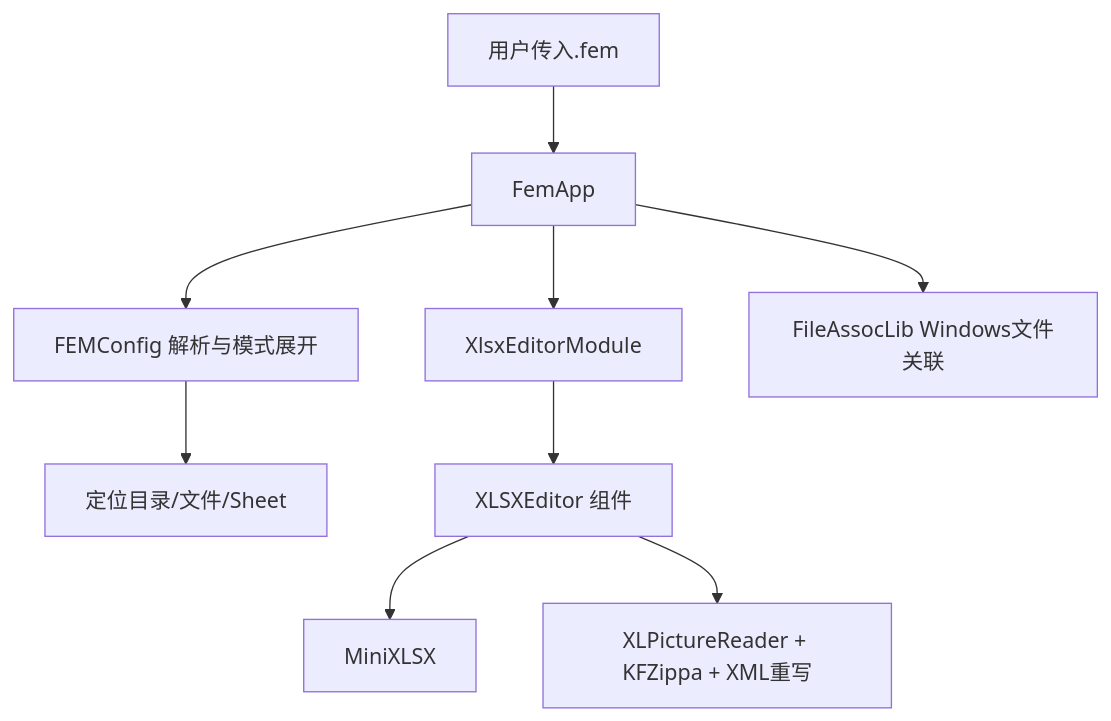
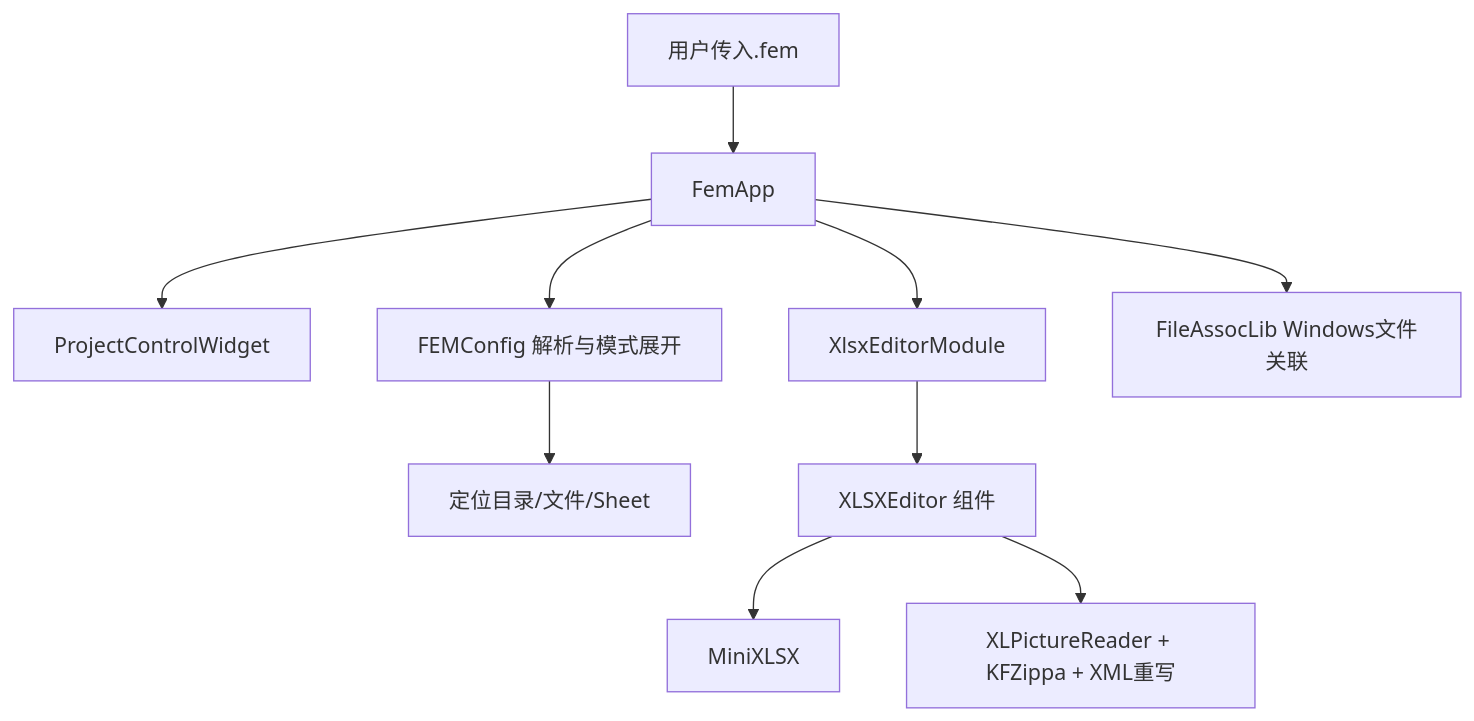
The diagram in docs/femapp_desssiner.md (neoluxis/zju_FEMApp), drawn with Mermaid before and after one commit. The commit also changed other lines of this file and 3 other files, not shown here.

````diff
--- a/docs/femapp_desssiner.md
+++ b/docs/femapp_desssiner.md
@@ -142,12 +143,13 @@
 ```mermaid
 graph TD
     A[用户传入.fem] --> B[FemApp]
+    B --> K[ProjectControlWidget]
     B --> C[FEMConfig 解析与模式展开]
     C --> D[定位目录/文件/Sheet]
 
     B --> F[XlsxEditorModule]
     F --> G[XLSXEditor 组件]
     G --> H[MiniXLSX]
     G --> I[XLPictureReader + KFZippa + XML重写]
     B --> J[FileAssocLib Windows文件关联]
 ```
````
